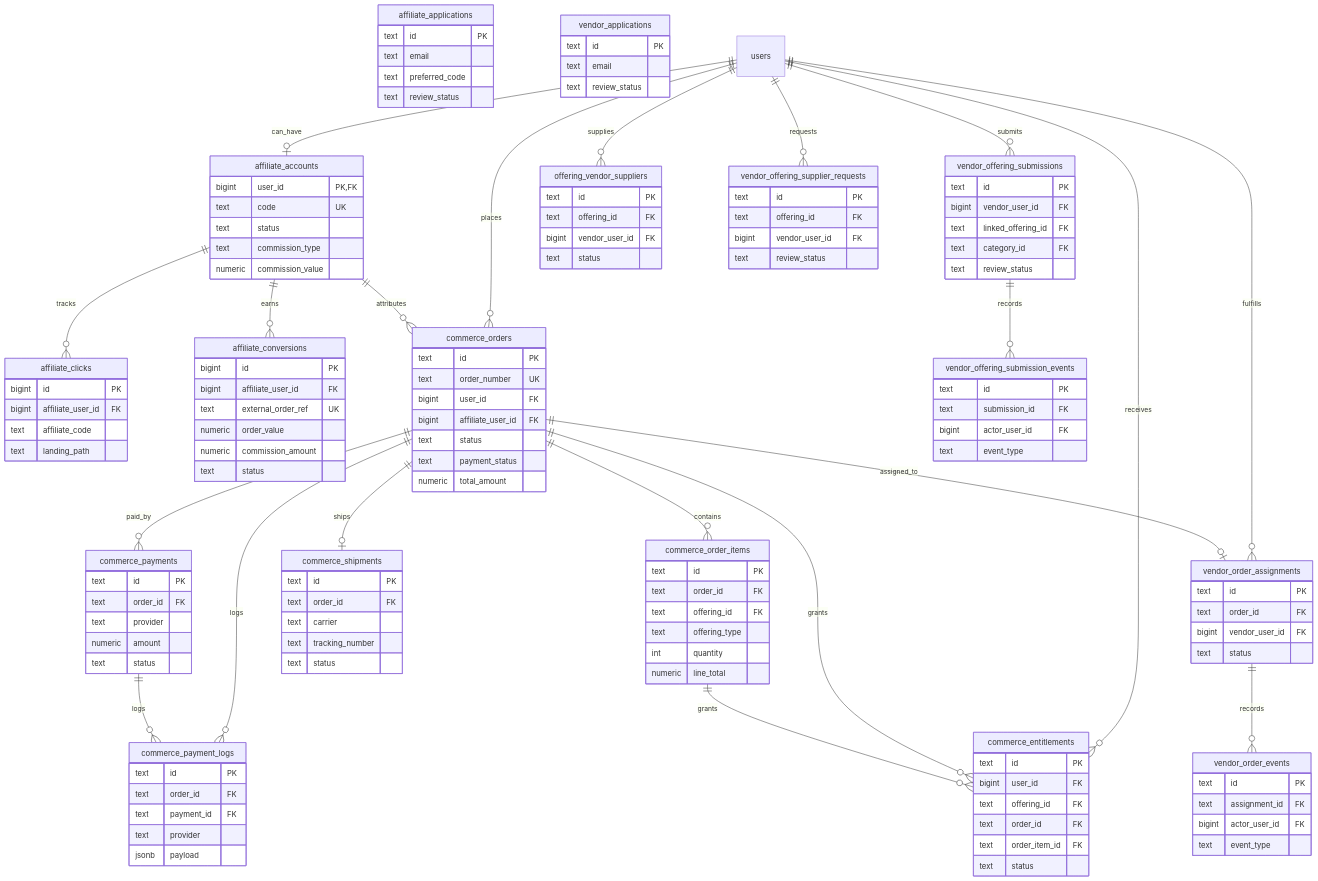
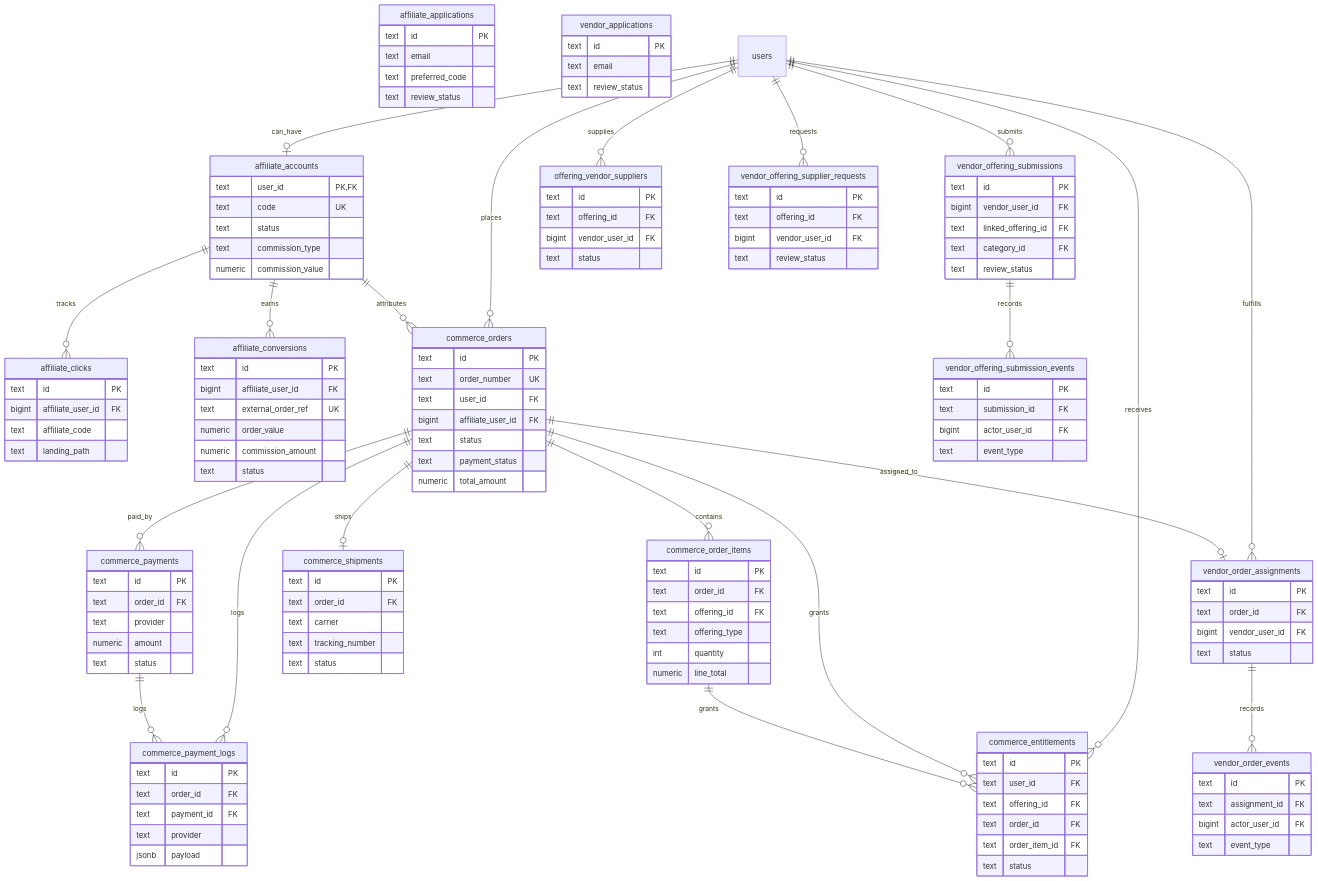
Before and after one commit to hoangpham2263/pinklove: the seventh of 8 diagrams in docs/schema.md, drawn with Mermaid. The commit also changed other lines of this file and 56 other files, not shown here.

````diff
--- a/docs/schema.md
+++ b/docs/schema.md
@@ -612,7 +687,7 @@
 ```mermaid
 erDiagram
   affiliate_accounts {
-    bigint user_id PK, FK
+    text user_id PK, FK
     text code UK
     text status
     text commission_type
@@ -620,14 +695,14 @@
   }
 
   affiliate_clicks {
-    bigint id PK
+    text id PK
     bigint affiliate_user_id FK
     text affiliate_code
     text landing_path
   }
 
   affiliate_conversions {
-    bigint id PK
+    text id PK
     bigint affiliate_user_id FK
     text external_order_ref UK
     numeric order_value
@@ -645,7 +720,7 @@
   commerce_orders {
     text id PK
     text order_number UK
-    bigint user_id FK
+    text user_id FK
     bigint affiliate_user_id FK
     text status
     text payment_status
@@ -687,7 +762,7 @@
 
   commerce_entitlements {
     text id PK
-    bigint user_id FK
+    text user_id FK
     text offering_id FK
     text order_id FK
     text order_item_id FK
````
